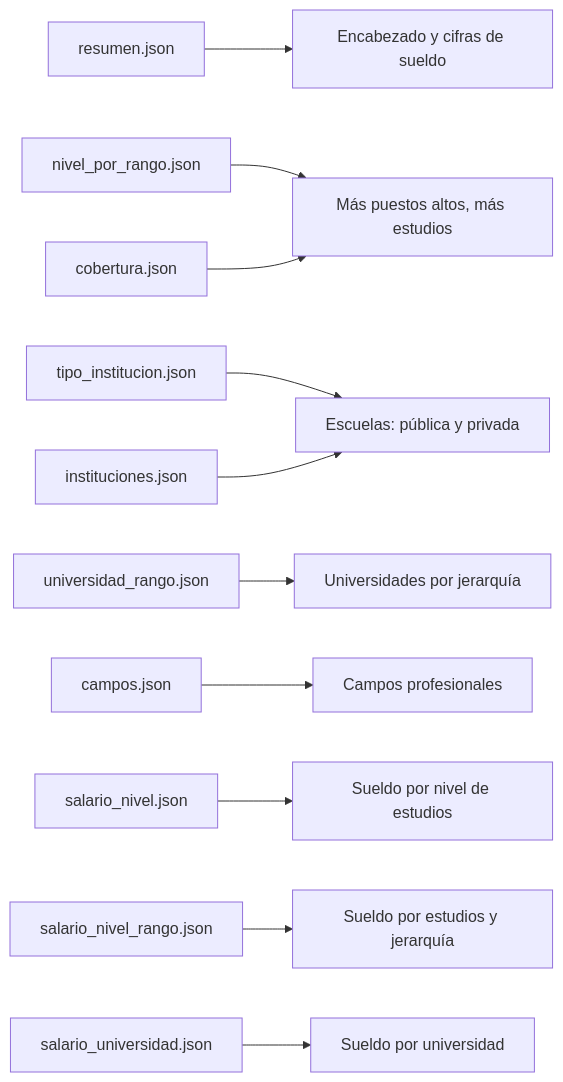
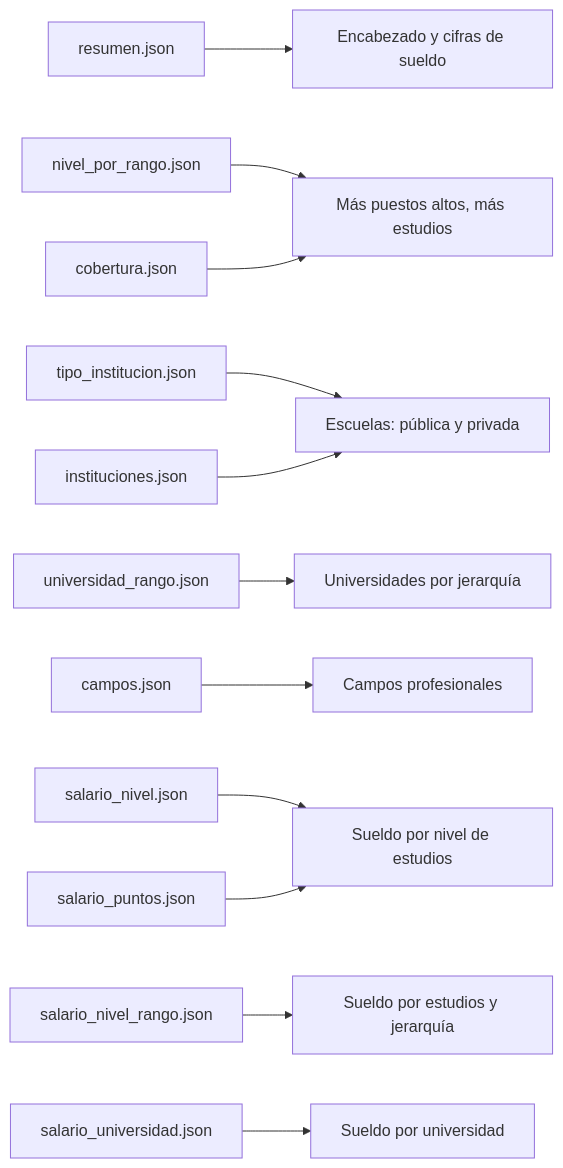
The fourth of 4 diagrams in README.md (jmtoral/mandarines), drawn with Mermaid before and after one commit. The commit also changed other lines of this file and 2 other files, not shown here.

Commit message:
Sueldo por nivel de estudios: puntos por cada sueldo distinto

````diff
--- a/README.md
+++ b/README.md
@@ -129,13 +131,14 @@
 ```mermaid
 flowchart LR
     R["resumen.json"] --> S0["Encabezado y cifras de sueldo"]
     NR["nivel_por_rango.json"] --> S1["Más puestos altos, más estudios"]
     CO["cobertura.json"] --> S1
     TI["tipo_institucion.json"] --> S2["Escuelas: pública y privada"]
     IN["instituciones.json"] --> S2
     UR["universidad_rango.json"] --> S3["Universidades por jerarquía"]
     CA["campos.json"] --> S4["Campos profesionales"]
     SN["salario_nivel.json"] --> S5["Sueldo por nivel de estudios"]
+    SP["salario_puntos.json"] --> S5
     SR["salario_nivel_rango.json"] --> S6["Sueldo por estudios y jerarquía"]
     SU["salario_universidad.json"] --> S7["Sueldo por universidad"]
 ```
````
